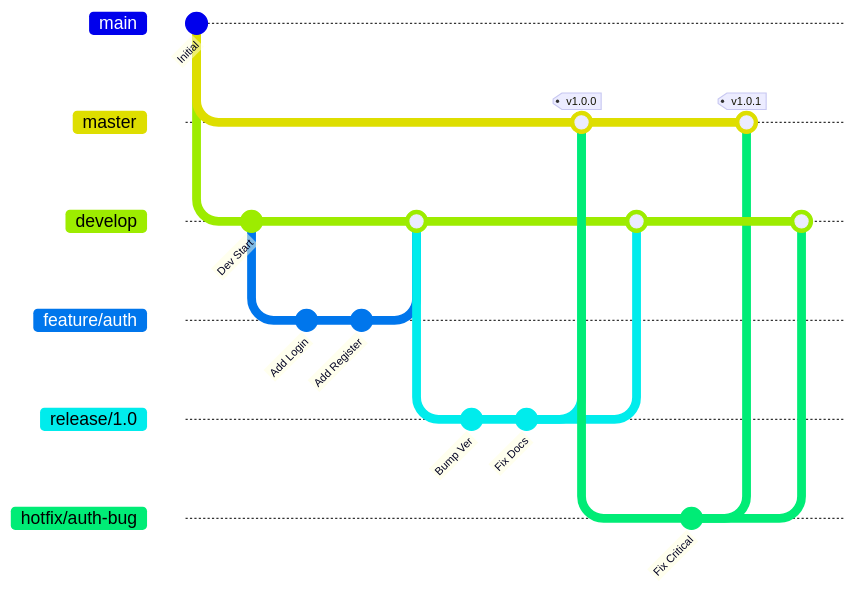
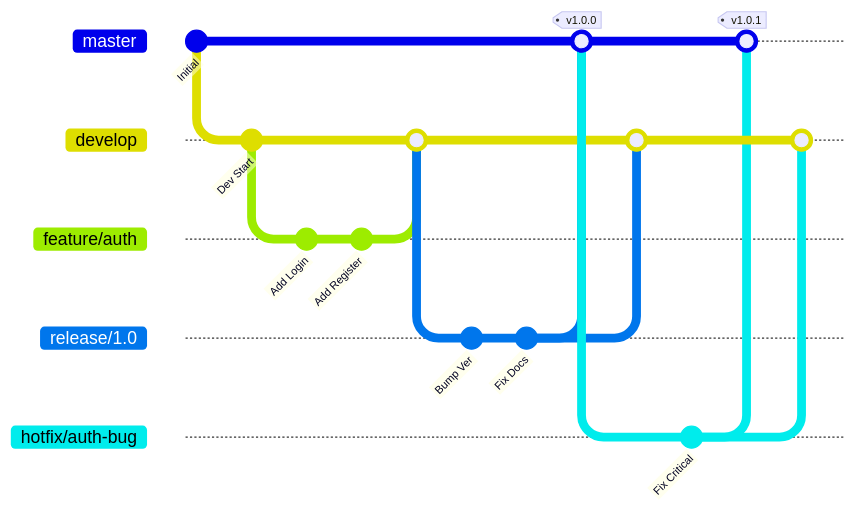
One commit to VrianCao/GitTour changed the diagram in src/content/docs/07-workflows/02-gitflow.md. Above: the diagram before and after it, drawn with Mermaid. The commit also changed 10 other files, not shown here.

First line of the commit message:
style: optimize Mermaid diagrams for light/dark mode

````diff
--- a/src/content/docs/07-workflows/02-gitflow.md
+++ b/src/content/docs/07-workflows/02-gitflow.md
@@ -61,35 +61,35 @@
 ```mermaid
+%%{init: { 'gitGraph': {'mainBranchName': 'master'}} }%%
 gitGraph
    commit id: "Initial"
-   branch master
    branch develop
    checkout develop
    commit id: "Dev Start"
    
    %% Feature Branch
    branch feature/auth
    checkout feature/auth
    commit id: "Add Login"
    commit id: "Add Register"
    checkout develop
    merge feature/auth
    
    %% Release Branch
    branch release/1.0
    checkout release/1.0
    commit id: "Bump Ver"
    commit id: "Fix Docs"
    checkout master
    merge release/1.0 tag: "v1.0.0"
    checkout develop
    merge release/1.0
    
    %% Hotfix
    checkout master
    branch hotfix/auth-bug
    commit id: "Fix Critical"
    checkout master
    merge hotfix/auth-bug tag: "v1.0.1"
    checkout develop
    merge hotfix/auth-bug
 ```
````
